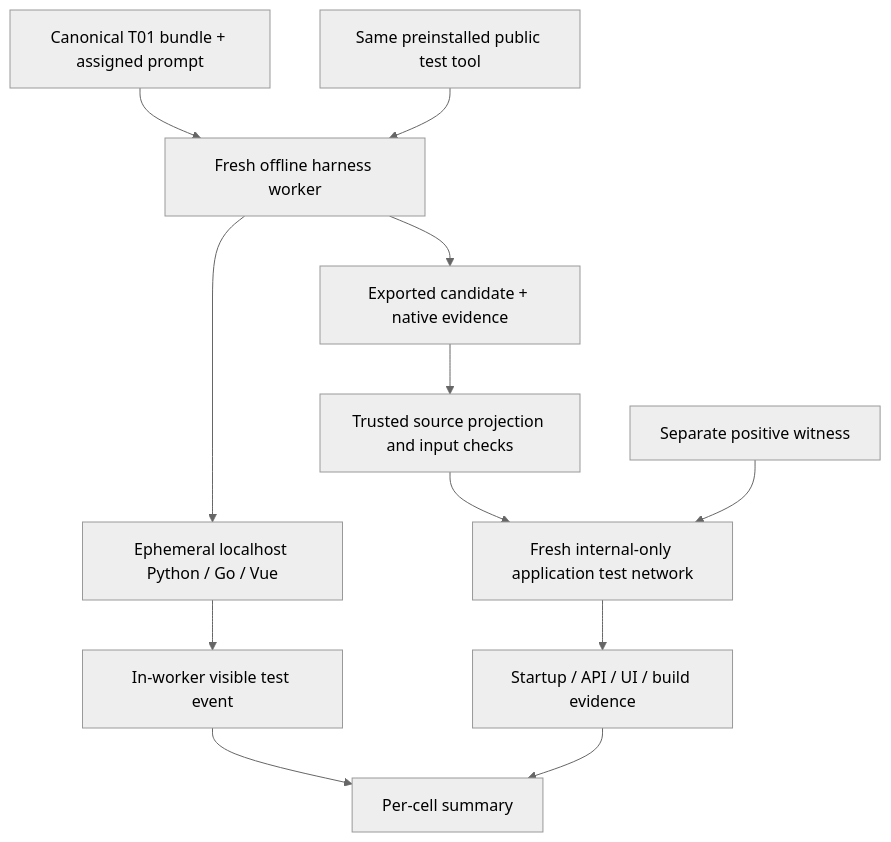
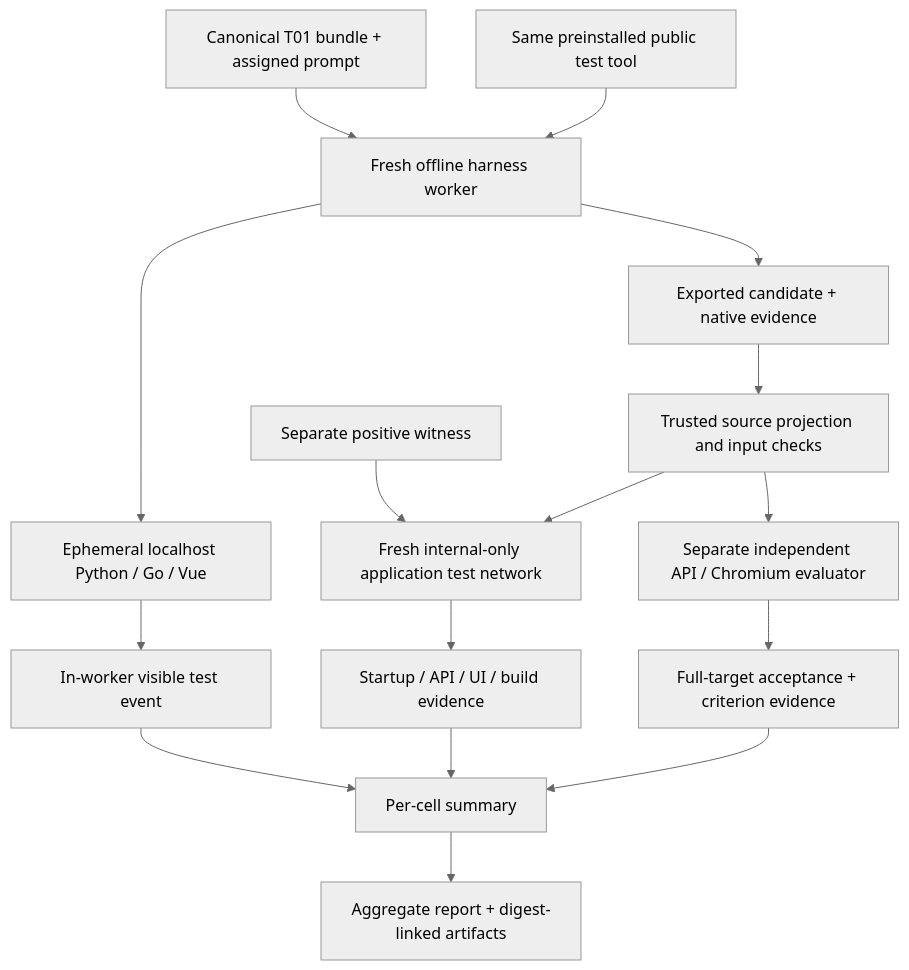
One commit to orieken/guild-ledger-research changed the diagram in containers/t01/README.md. Above: the diagram before and after it, drawn with Mermaid (neutral theme). The commit also changed other lines of this file and 9 other files, not shown here.

Commit message:
Integrate independent T01 acceptance into harness run reports

````diff
--- a/containers/t01/README.md
+++ b/containers/t01/README.md
@@ -40,14 +40,18 @@
 ```mermaid
 flowchart TD
   B[Canonical T01 bundle + assigned prompt] --> W[Fresh offline harness worker]
   T[Same preinstalled public test tool] --> W
   W --> L[Ephemeral localhost Python / Go / Vue]
   L --> I[In-worker visible test event]
   W --> C[Exported candidate + native evidence]
   C --> P[Trusted source projection and input checks]
   P --> N[Fresh internal-only application test network]
   N --> R[Startup / API / UI / build evidence]
   I --> S[Per-cell summary]
   R --> S
+  P --> E[Separate independent API / Chromium evaluator]
+  E --> A[Full-target acceptance + criterion evidence]
+  A --> S
+  S --> J[Aggregate report + digest-linked artifacts]
   PC[Separate positive witness] --> N
 ```
````
